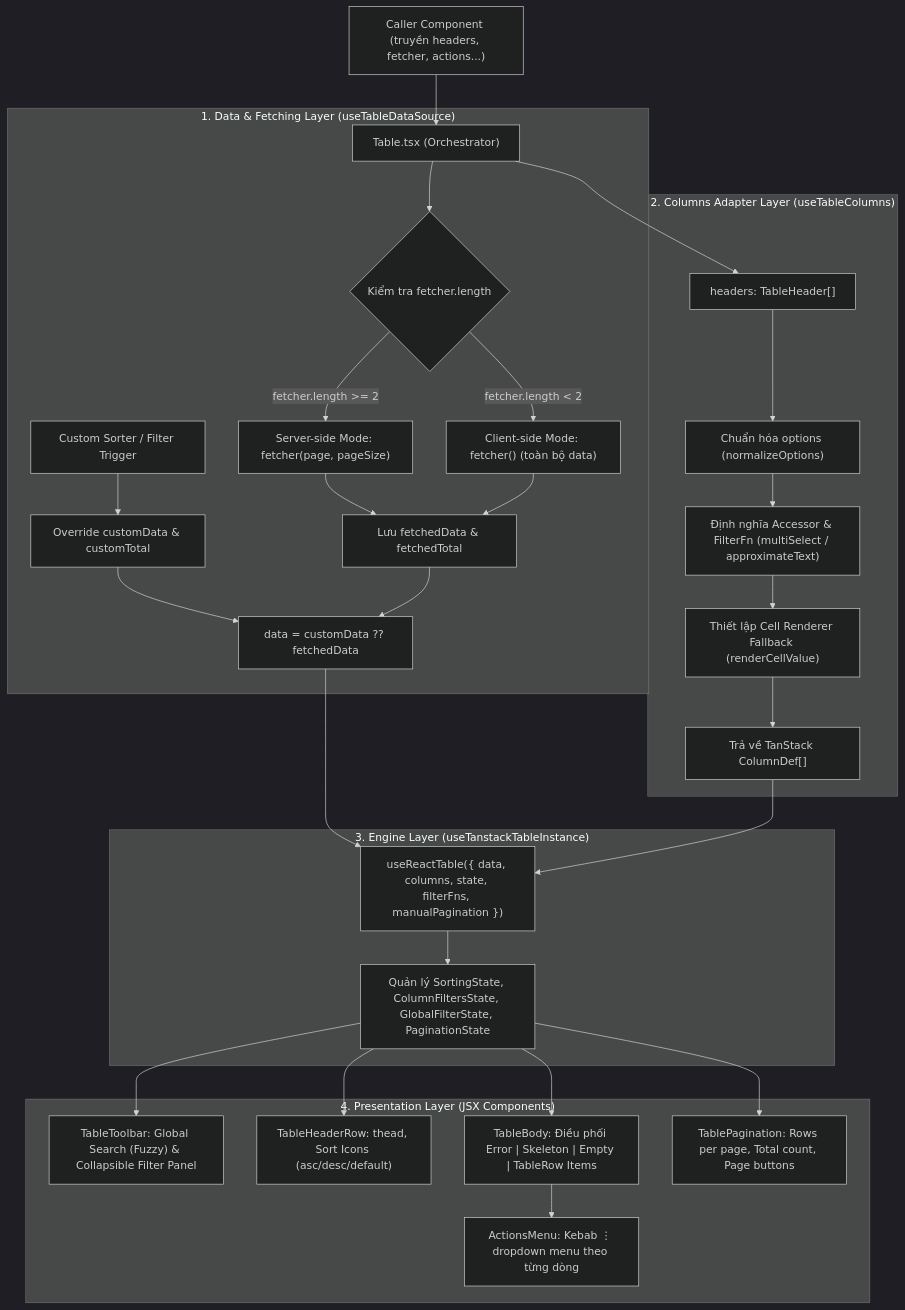
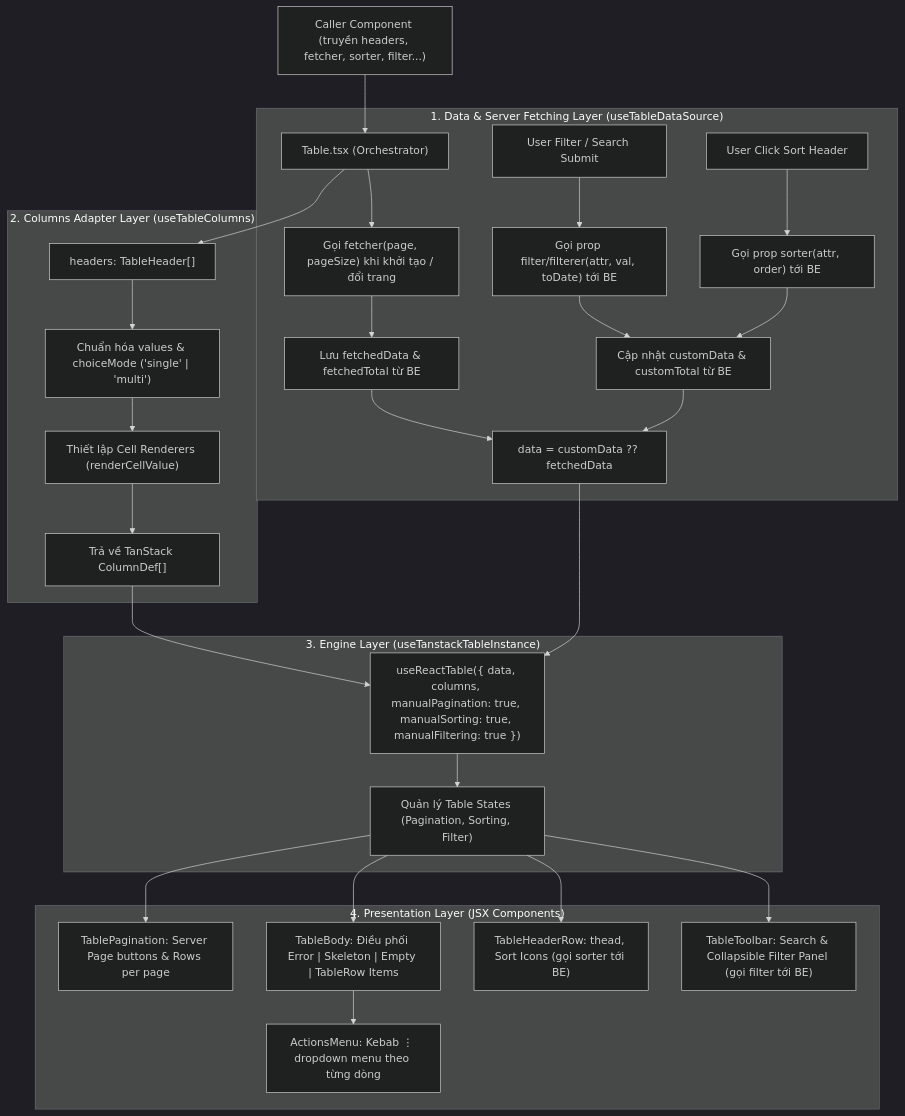
Before and after one commit to CatSpeak/catspeak-admin: the diagram in src/components/ui/table/table-docs.md, drawn with Mermaid (dark theme). The commit also changed other lines of this file and 12 other files, not shown here.

Commit message:
Update Table's flow

````diff
--- a/src/components/ui/table/table-docs.md
+++ b/src/components/ui/table/table-docs.md
@@ -96,36 +110,33 @@
 ```mermaid
 flowchart TD
-    A["Caller Component (truyền headers, fetcher, actions...)"] --> B["Table.tsx (Orchestrator)"]
+    A["Caller Component (truyền headers, fetcher, sorter, filter...)"] --> B["Table.tsx (Orchestrator)"]
 
-    subgraph Data_Layer ["1. Data & Fetching Layer (useTableDataSource)"]
-        B --> C{"Kiểm tra fetcher.length"}
-        C -- "fetcher.length >= 2" --> D["Server-side Mode: fetcher(page, pageSize)"]
-        C -- "fetcher.length < 2" --> E["Client-side Mode: fetcher() (toàn bộ data)"]
-        D --> F["Lưu fetchedData & fetchedTotal"]
-        E --> F
-        G["Custom Sorter / Filter Trigger"] --> H["Override customData & customTotal"]
-        H --> I["data = customData ?? fetchedData"]
-        F --> I
+    subgraph Data_Layer ["1. Data & Server Fetching Layer (useTableDataSource)"]
+        B --> C["Gọi fetcher(page, pageSize) khi khởi tạo / đổi trang"]
+        C --> D["Lưu fetchedData & fetchedTotal từ BE"]
+        E["User Filter / Search Submit"] --> F["Gọi prop filter/filterer(attr, val, toDate) tới BE"]
+        G["User Click Sort Header"] --> H["Gọi prop sorter(attr, order) tới BE"]
+        F & H --> I["Cập nhật customData & customTotal từ BE"]
+        D & I --> J["data = customData ?? fetchedData"]
     end
 
     subgraph Column_Layer ["2. Columns Adapter Layer (useTableColumns)"]
-        B --> J["headers: TableHeader[]"]
-        J --> K["Chuẩn hóa options (normalizeOptions)"]
-        K --> L["Định nghĩa Accessor & FilterFn (multiSelect / approximateText)"]
-        L --> M["Thiết lập Cell Renderer Fallback (renderCellValue)"]
+        B --> K["headers: TableHeader[]"]
+        K --> L["Chuẩn hóa values & choiceMode ('single' | 'multi')"]
+        L --> M["Thiết lập Cell Renderers (renderCellValue)"]
         M --> N["Trả về TanStack ColumnDef[]"]
     end
 
     subgraph Tanstack_Engine ["3. Engine Layer (useTanstackTableInstance)"]
-        I & N --> O["useReactTable({ data, columns, state, filterFns, manualPagination })"]
-        O --> P["Quản lý SortingState, ColumnFiltersState, GlobalFilterState, PaginationState"]
+        J & N --> O["useReactTable({ data, columns, manualPagination: true, manualSorting: true, manualFiltering: true })"]
+        O --> P["Quản lý Table States (Pagination, Sorting, Filter)"]
     end
 
     subgraph Presentation_Layer ["4. Presentation Layer (JSX Components)"]
-        P --> Q["TableToolbar: Global Search (Fuzzy) & Collapsible Filter Panel"]
-        P --> R["TableHeaderRow: thead, Sort Icons (asc/desc/default)"]
+        P --> Q["TableToolbar: Search & Collapsible Filter Panel (gọi filter tới BE)"]
+        P --> R["TableHeaderRow: thead, Sort Icons (gọi sorter tới BE)"]
         P --> S["TableBody: Điều phối Error | Skeleton | Empty | TableRow Items"]
         S --> T["ActionsMenu: Kebab ⋮ dropdown menu theo từng dòng"]
-        P --> U["TablePagination: Rows per page, Total count, Page buttons"]
+        P --> U["TablePagination: Server Page buttons & Rows per page"]
     end
 ```
````
